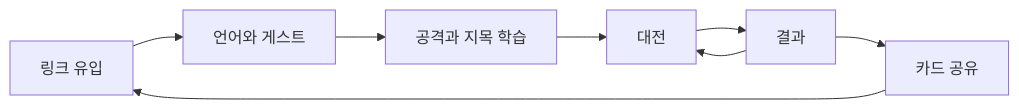
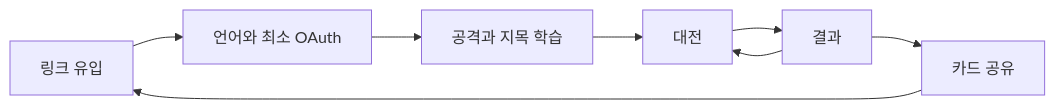
One commit to crystal23733/search-mine changed the diagram in docs/product/04-journey.md. Above: the diagram before and after it, drawn with Mermaid. The commit also changed other lines of this file and 63 other files, not shown here.

````diff
--- a/docs/product/04-journey.md
+++ b/docs/product/04-journey.md
@@ -16,10 +16,10 @@
 ```mermaid
 flowchart LR
-  Invite[링크 유입] --> Locale[언어와 게스트]
+  Invite[링크 유입] --> Locale[언어와 최소 OAuth]
   Locale --> Tutorial[공격과 지목 학습]
   Tutorial --> Match[대전]
   Match --> Result[결과]
   Result --> Match
   Result --> Share[카드 공유]
   Share --> Invite
 ```
````
